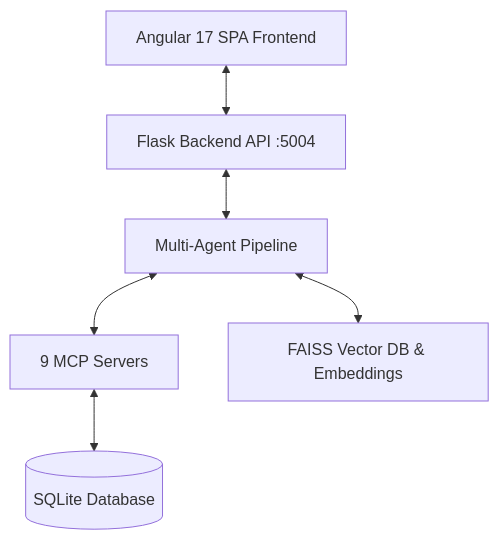
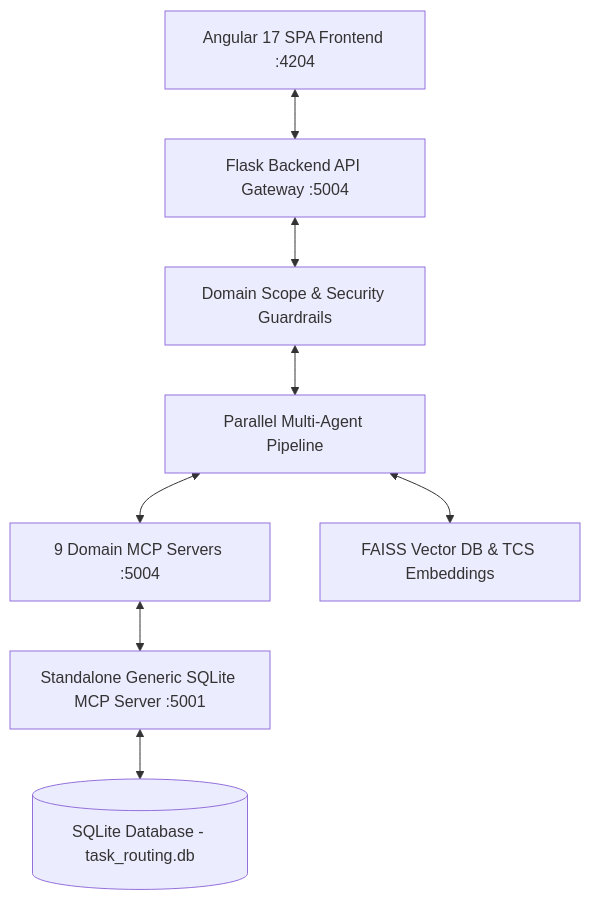
The diagram in README.md (linusimon/AIFriday), drawn with Mermaid before and after one commit. The commit also changed other lines of this file and 5 other files, not shown here.

````diff
--- a/README.md
+++ b/README.md
@@ -24,8 +27,10 @@
 ```mermaid
 graph TD
-    Client[Angular 17 SPA Frontend] <--> Gateway[Flask Backend API :5004]
-    Gateway <--> Orchestrator[Multi-Agent Pipeline]
-    Orchestrator <--> MCP[9 MCP Servers]
-    Orchestrator <--> RAG[FAISS Vector DB & Embeddings]
-    MCP <--> DB[(SQLite Database)]
+    Client[Angular 17 SPA Frontend :4204] <--> Gateway[Flask Backend API Gateway :5004]
+    Gateway <--> Guardrail[Domain Scope & Security Guardrails]
+    Guardrail <--> Orchestrator[Parallel Multi-Agent Pipeline]
+    Orchestrator <--> DomainMCP[9 Domain MCP Servers :5004]
+    Orchestrator <--> RAG[FAISS Vector DB & TCS Embeddings]
+    DomainMCP <--> GenericMCP[Standalone Generic SQLite MCP Server :5001]
+    GenericMCP <--> DB[(SQLite Database - task_routing.db)]
 ```
````
